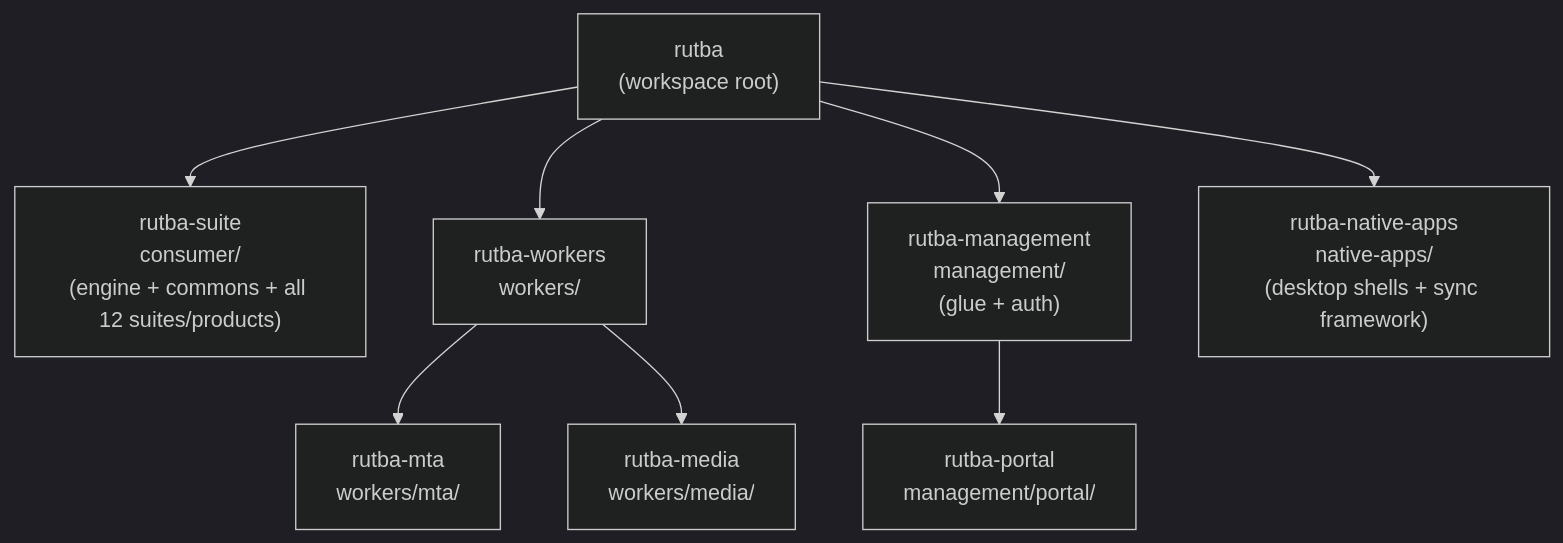
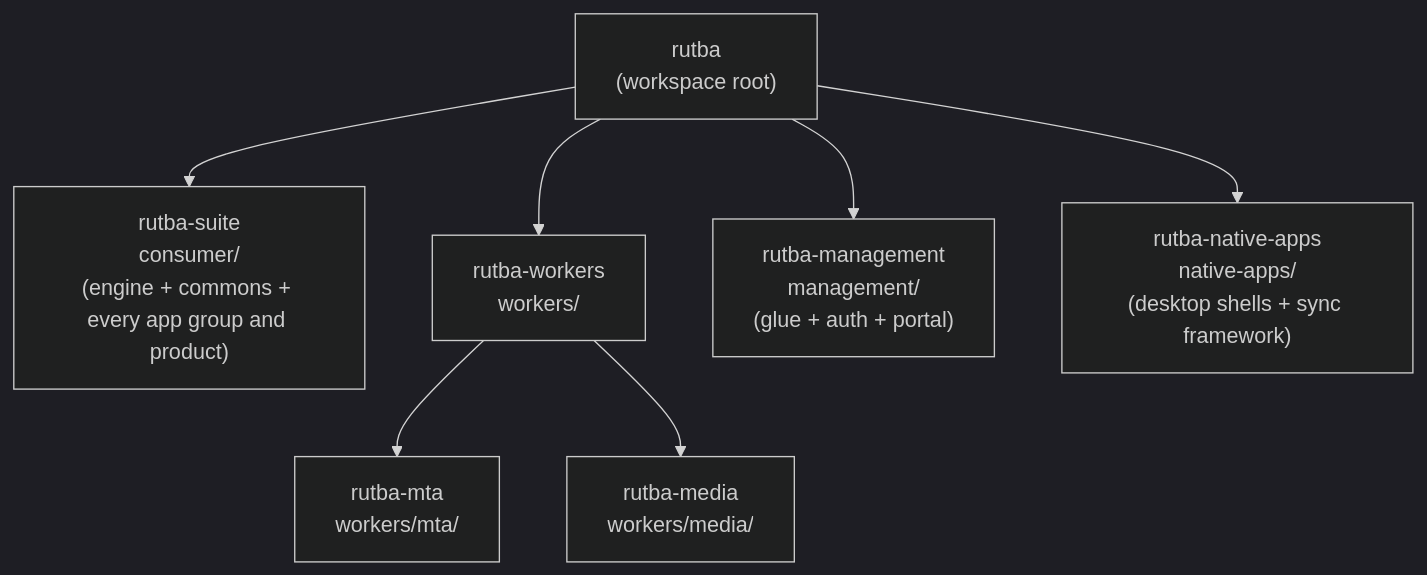
One commit to eharain/Rutba changed the diagram in REPOS.md. Above: the diagram before and after it, drawn with Mermaid (dark theme). The commit also changed other lines of this file and 3 other files, not shown here.

````diff
--- a/REPOS.md
+++ b/REPOS.md
@@ -11,18 +17,16 @@
 ```mermaid
 flowchart TD
     rutba["rutba<br/>(workspace root)"]
-    suite["rutba-suite<br/>consumer/<br/>(engine + commons + all 12 suites/products)"]
+    suite["rutba-suite<br/>consumer/<br/>(engine + commons + every app group and product)"]
     workersR["rutba-workers<br/>workers/"]
     mta["rutba-mta<br/>workers/mta/"]
     media["rutba-media<br/>workers/media/"]
-    mgmt["rutba-management<br/>management/<br/>(glue + auth)"]
-    portal["rutba-portal<br/>management/portal/"]
+    mgmt["rutba-management<br/>management/<br/>(glue + auth + portal)"]
     native["rutba-native-apps<br/>native-apps/<br/>(desktop shells + sync framework)"]
     rutba --> suite
     rutba --> workersR
     workersR --> mta
     workersR --> media
     rutba --> mgmt
-    mgmt --> portal
     rutba --> native
 ```
````
